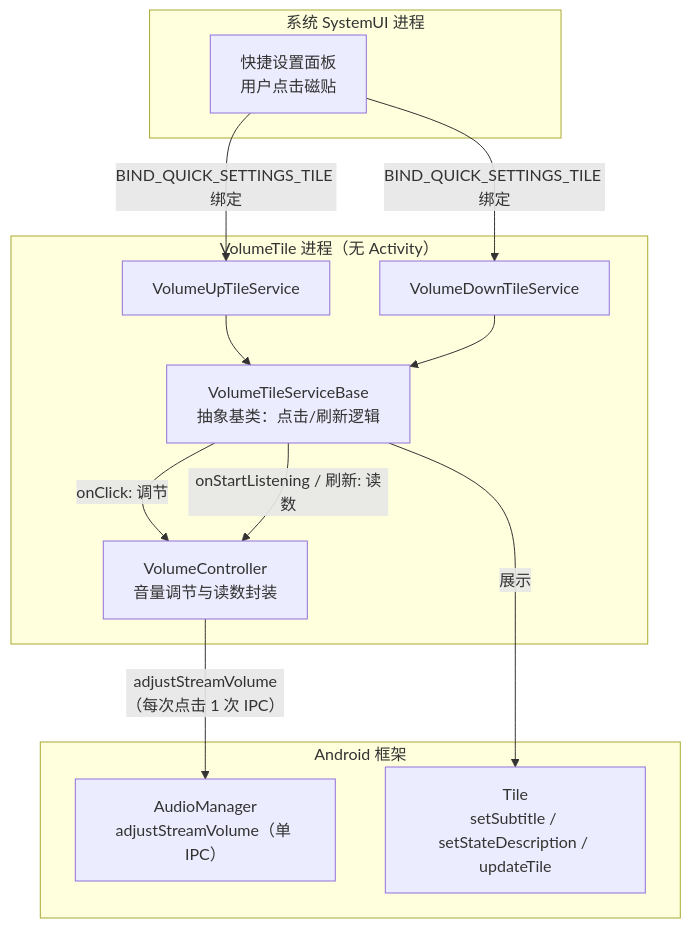
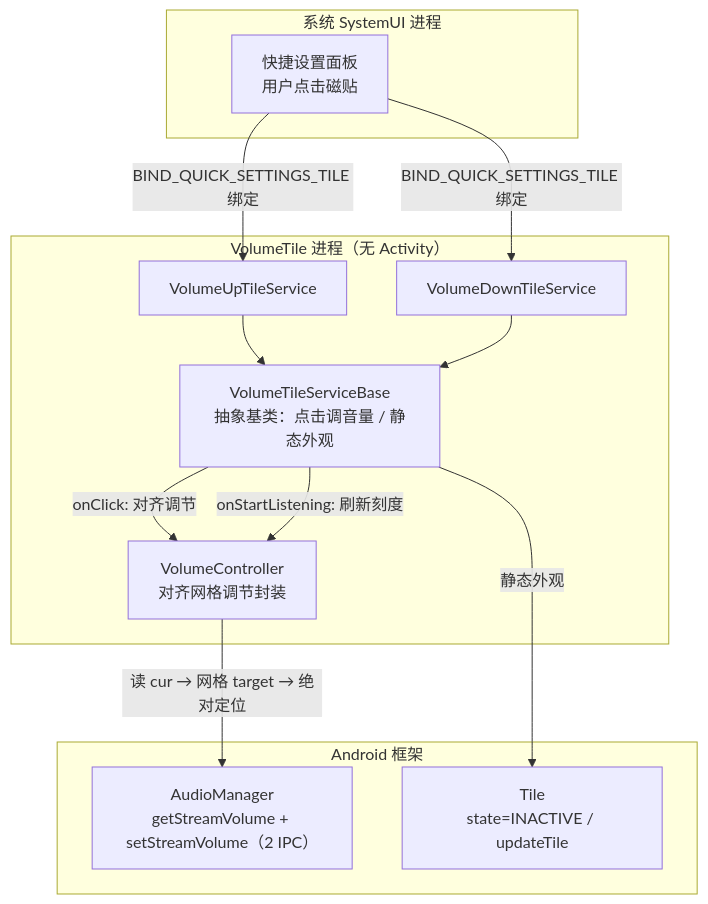
One commit to ExcuseLme/VolumeTile changed the first of 2 diagrams in docs/design.md. Above: the diagram before and after it, drawn with Mermaid. The commit also changed other lines of this file and 5 other files, not shown here.

````diff
--- a/docs/design.md
+++ b/docs/design.md
@@ -60,27 +60,27 @@
 ```mermaid
 graph TD
     subgraph SystemUI [系统 SystemUI 进程]
         QS[快捷设置面板<br/>用户点击磁贴]
     end
 
     subgraph VolumeTile [VolumeTile 进程（无 Activity）]
         T1[VolumeUpTileService]
         T2[VolumeDownTileService]
-        B[VolumeTileServiceBase<br/>抽象基类：点击/刷新逻辑]
-        C[VolumeController<br/>音量调节与读数封装]
+        B[VolumeTileServiceBase<br/>抽象基类：点击调音量 / 静态外观]
+        C[VolumeController<br/>对齐网格调节封装]
     end
 
     subgraph Framework [Android 框架]
-        AM[AudioManager<br/>adjustStreamVolume（单 IPC）]
-        TILE[Tile<br/>setSubtitle / setStateDescription / updateTile]
+        AM[AudioManager<br/>getStreamVolume + setStreamVolume（2 IPC）]
+        TILE[Tile<br/>state=INACTIVE / updateTile]
     end
 
     QS -- BIND_QUICK_SETTINGS_TILE 绑定 --> T1
     QS -- BIND_QUICK_SETTINGS_TILE 绑定 --> T2
     T1 --> B
     T2 --> B
-    B -- onClick: 调节 --> C
-    B -- onStartListening / 刷新: 读数 --> C
-    C -- adjustStreamVolume<br/>（每次点击 1 次 IPC） --> AM
-    B -- 展示 --> TILE
+    B -- onClick: 对齐调节 --> C
+    B -- onStartListening: 刷新刻度 --> C
+    C -- 读 cur → 网格 target → 绝对定位 --> AM
+    B -- 静态外观 --> TILE
 ```
````
